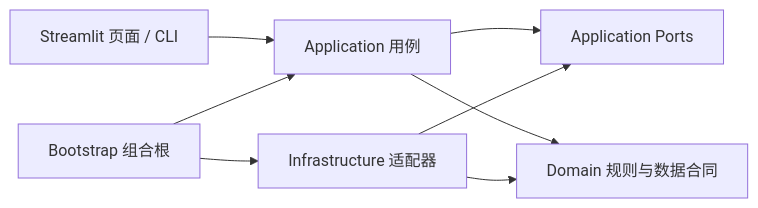
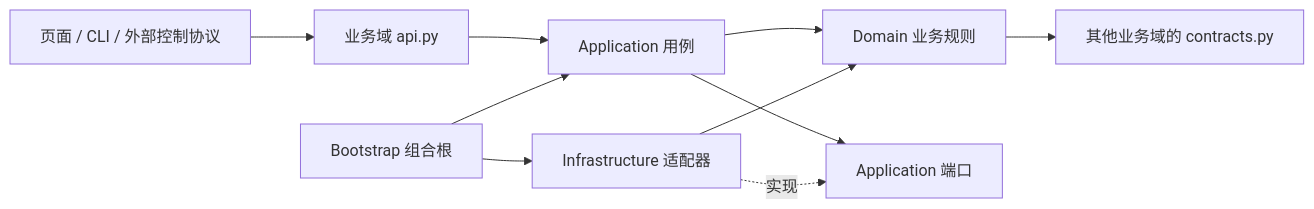
The diagram in docs/architecture.md (tianxingstarsky/Super-LLM-distill-Gen), drawn with Mermaid before and after one commit. The commit also changed other lines of this file and 162 other files, not shown here.

````diff
--- a/docs/architecture.md
+++ b/docs/architecture.md
@@ -11,10 +32,12 @@
 ```mermaid
 flowchart LR
-  UI[Streamlit 页面 / CLI] --> APP[Application 用例]
-  APP --> PORTS[Application Ports]
-  APP --> DOMAIN[Domain 规则与数据合同]
-  INFRA[Infrastructure 适配器] --> PORTS
-  INFRA --> DOMAIN
-  BOOT[Bootstrap 组合根] --> APP
-  BOOT --> INFRA
+    UI[页面 / CLI / 外部控制协议] --> API[业务域 api.py]
+    API --> APP[Application 用例]
+    APP --> DOMAIN[Domain 业务规则]
+    APP --> PORT[Application 端口]
+    INFRA[Infrastructure 适配器] -. 实现 .-> PORT
+    INFRA --> DOMAIN
+    BOOT[Bootstrap 组合根] --> APP
+    BOOT --> INFRA
+    DOMAIN --> CONTRACT[其他业务域的 contracts.py]
 ```
````
